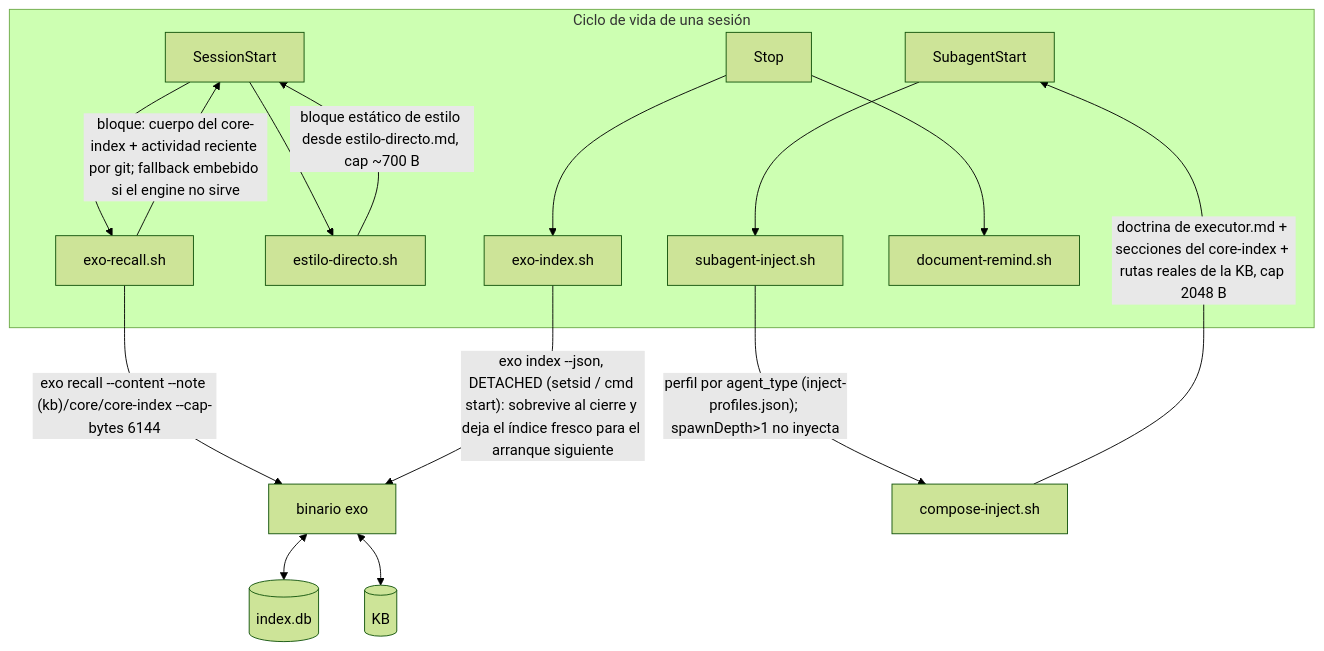
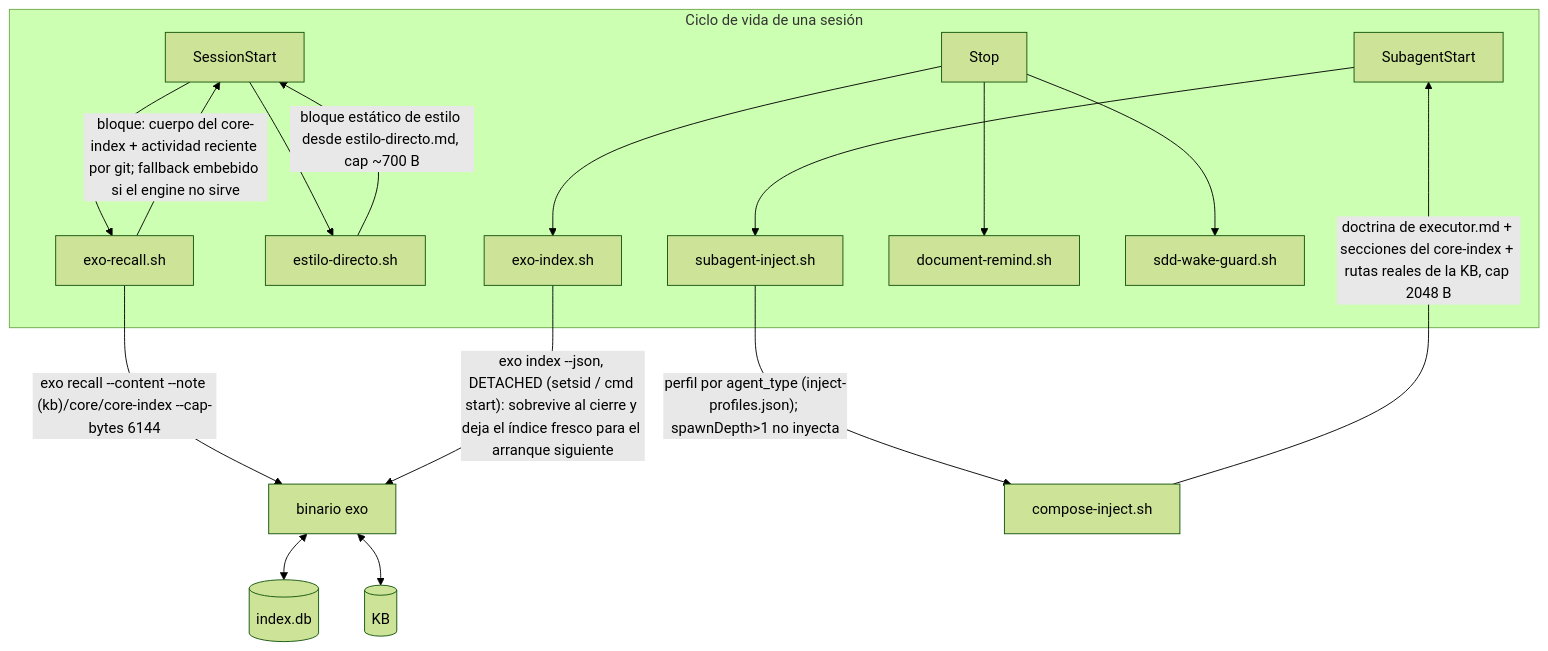
The fourth of 4 diagrams in docs/arquitectura.md (pguerrerolinares/exo), drawn with Mermaid (forest theme) before and after one commit. The commit also changed other lines of this file and 10 other files, not shown here.

First line of the commit message:
feat(orchestrate): sdd-wake-guard — el lead no cierra turno sin despertador (#111)

````diff
--- a/docs/arquitectura.md
+++ b/docs/arquitectura.md
@@ -406,20 +406,20 @@
 ```mermaid
 flowchart TD
     subgraph sesion["Ciclo de vida de una sesión"]
         SS["SessionStart"] --> ERS["exo-recall.sh"]
         SS --> EDS["estilo-directo.sh"]
         SA["SubagentStart"] --> SIS["subagent-inject.sh"]
-        ST["Stop"] --> EIS["exo-index.sh"] & DRS["document-remind.sh"]
+        ST["Stop"] --> EIS["exo-index.sh"] & DRS["document-remind.sh"] & SWG["sdd-wake-guard.sh"]
     end
 
     ERS -->|"exo recall --content --note (kb)/core/core-index --cap-bytes 6144"| ENG["binario exo"]
     ERS -->|"bloque: cuerpo del core-index + actividad reciente por git; fallback embebido si el engine no sirve"| SS
     EDS -->|"bloque estático de estilo desde estilo-directo.md, cap ~700 B"| SS
 
     SIS -->|"perfil por agent_type (inject-profiles.json); spawnDepth>1 no inyecta"| CIS["compose-inject.sh"]
     CIS -->|"doctrina de executor.md + secciones del core-index + rutas reales de la KB, cap 2048 B"| SA
 
     EIS -->|"exo index --json, DETACHED (setsid / cmd start): sobrevive al cierre y deja el índice fresco para el arranque siguiente"| ENG
     ENG <--> DB[("index.db")]
     ENG <--> KB[("KB")]
 ```
````
